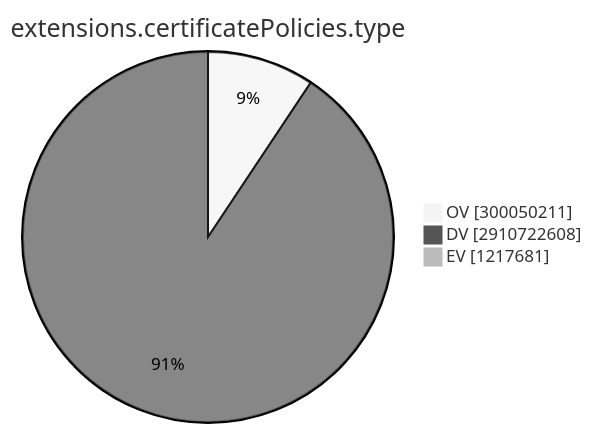
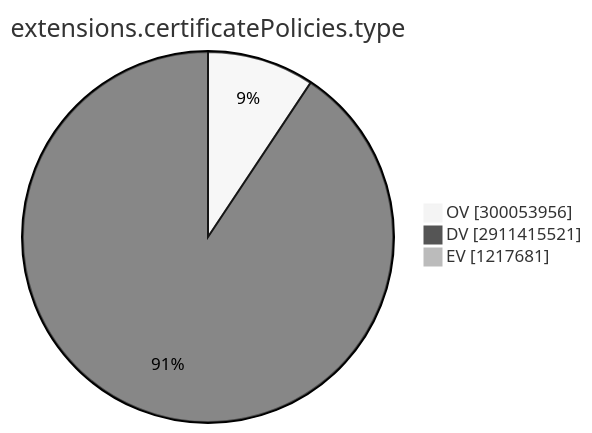
Before and after one commit to christiankrug/ctmonitor_visualization: the ninth of 15 diagrams in TOTAL/README.md, drawn with Mermaid (neutral theme). The commit also changed other lines of this file, not shown here.

````diff
--- a/TOTAL/README.md
+++ b/TOTAL/README.md
@@ -3101,7 +3101,7 @@
 ```mermaid
 pie showData
 title extensions.certificatePolicies.type
-"OV" :300050211
-"DV" :2910722608
+"OV" :300053956
+"DV" :2911415521
 "EV" :1217681
 ```
````
